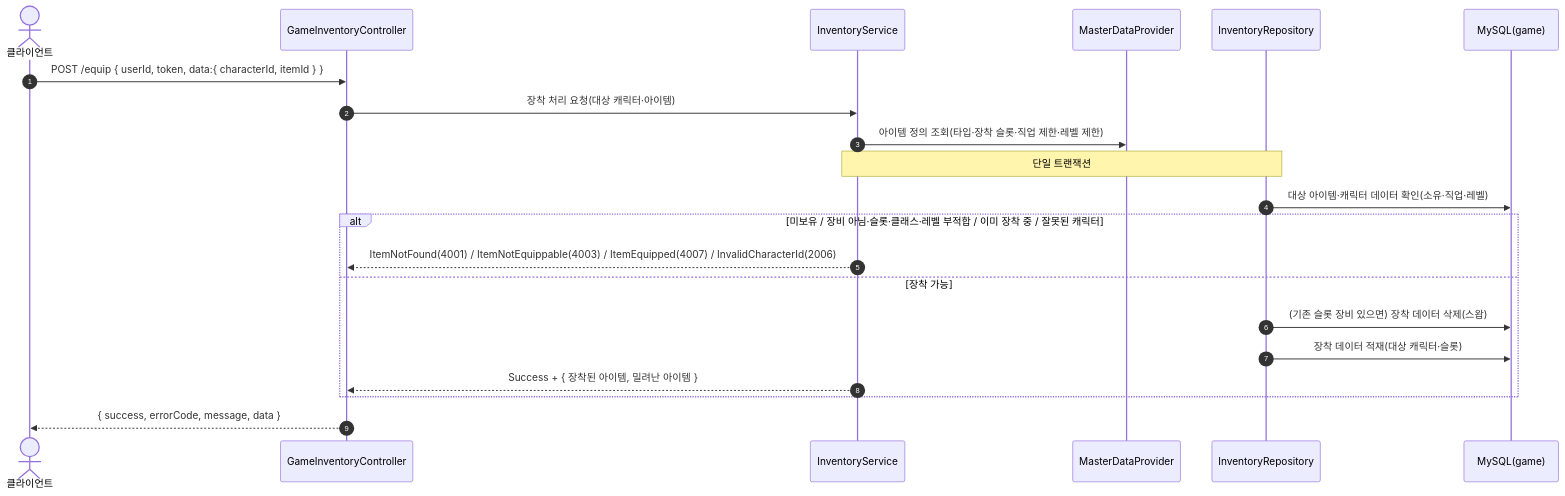
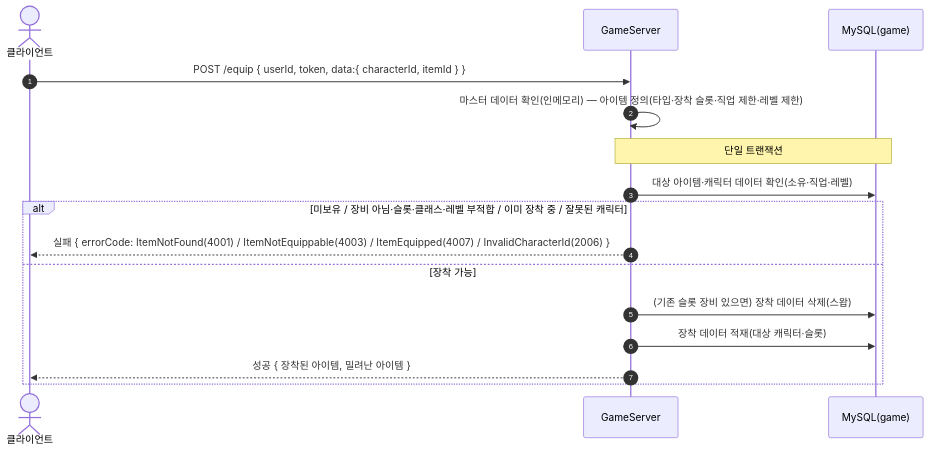
Before and after one commit to ks-wook/com2us-taskbar-hero: the first of 4 diagrams in SequenceDiagram/GameInventoryController.md, drawn with Mermaid. The commit also changed other lines of this file and 8 other files, not shown here.

Commit message:
시퀀스 다이어그램 수정

````diff
--- a/SequenceDiagram/GameInventoryController.md
+++ b/SequenceDiagram/GameInventoryController.md
@@ -9,24 +9,19 @@
 ```mermaid
 sequenceDiagram
     autonumber
     actor C as 클라이언트
-    participant Ctrl as GameInventoryController
-    participant Svc as InventoryService
-    participant MD as MasterDataProvider
-    participant Repo as InventoryRepository
+    participant S as GameServer
     participant DB as MySQL(game)
 
-    C->>Ctrl: POST /equip { userId, token, data:{ characterId, itemId } }
-    Ctrl->>Svc: 장착 처리 요청(대상 캐릭터·아이템)
-    Svc->>MD: 아이템 정의 조회(타입·장착 슬롯·직업 제한·레벨 제한)
-    Note over Svc,Repo: 단일 트랜잭션
-    Repo->>DB: 대상 아이템·캐릭터 데이터 확인(소유·직업·레벨)
+    C->>S: POST /equip { userId, token, data:{ characterId, itemId } }
+    S->>S: 마스터 데이터 확인(인메모리) — 아이템 정의(타입·장착 슬롯·직업 제한·레벨 제한)
+    Note over S,DB: 단일 트랜잭션
+    S->>DB: 대상 아이템·캐릭터 데이터 확인(소유·직업·레벨)
     alt 미보유 / 장비 아님·슬롯·클래스·레벨 부적합 / 이미 장착 중 / 잘못된 캐릭터
-        Svc-->>Ctrl: ItemNotFound(4001) / ItemNotEquippable(4003) / ItemEquipped(4007) / InvalidCharacterId(2006)
+        S-->>C: 실패 { errorCode: ItemNotFound(4001) / ItemNotEquippable(4003) / ItemEquipped(4007) / InvalidCharacterId(2006) }
     else 장착 가능
-        Repo->>DB: (기존 슬롯 장비 있으면) 장착 데이터 삭제(스왑)
-        Repo->>DB: 장착 데이터 적재(대상 캐릭터·슬롯)
-        Svc-->>Ctrl: Success + { 장착된 아이템, 밀려난 아이템 }
+        S->>DB: (기존 슬롯 장비 있으면) 장착 데이터 삭제(스왑)
+        S->>DB: 장착 데이터 적재(대상 캐릭터·슬롯)
+        S-->>C: 성공 { 장착된 아이템, 밀려난 아이템 }
     end
-    Ctrl-->>C: { success, errorCode, message, data }
 ```
````
